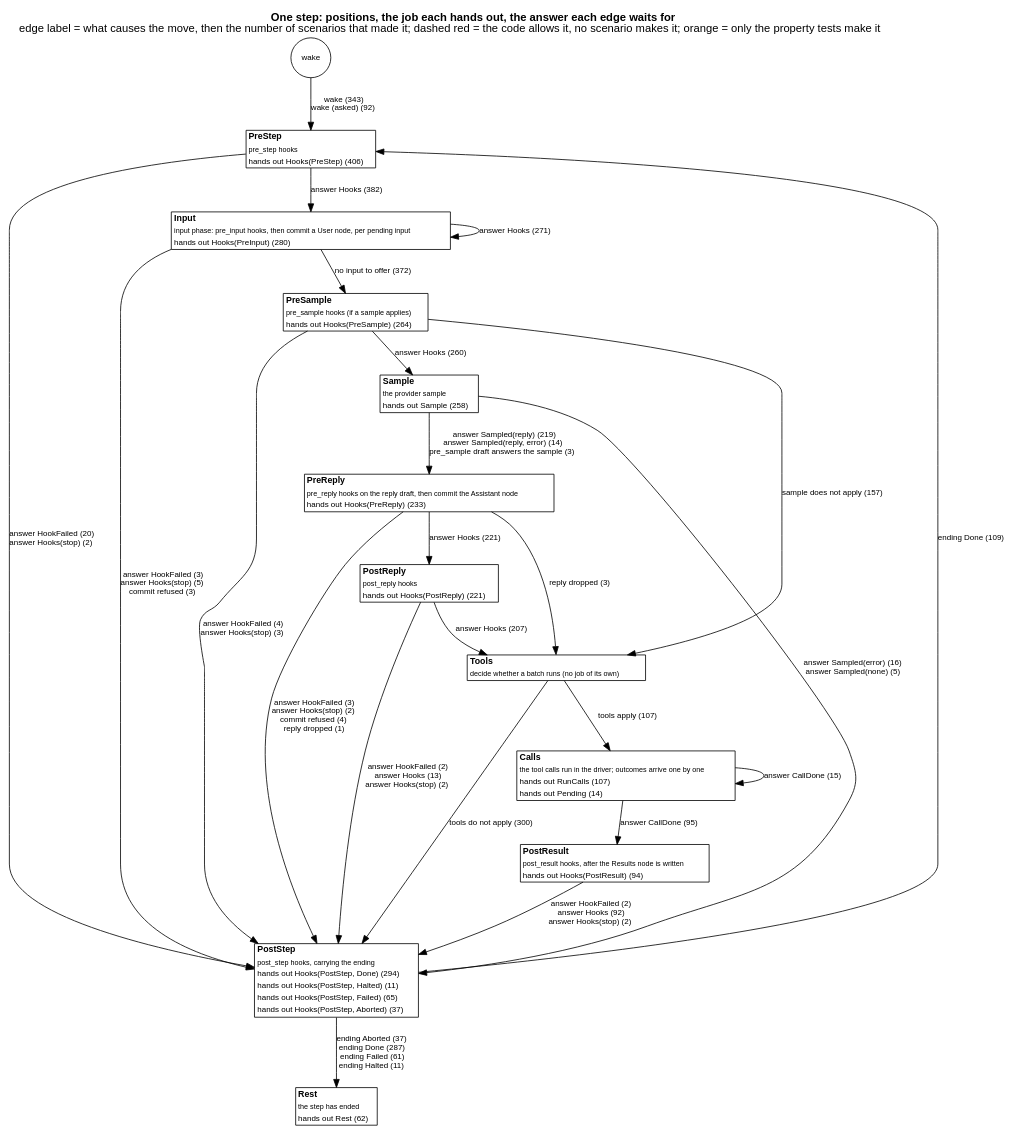
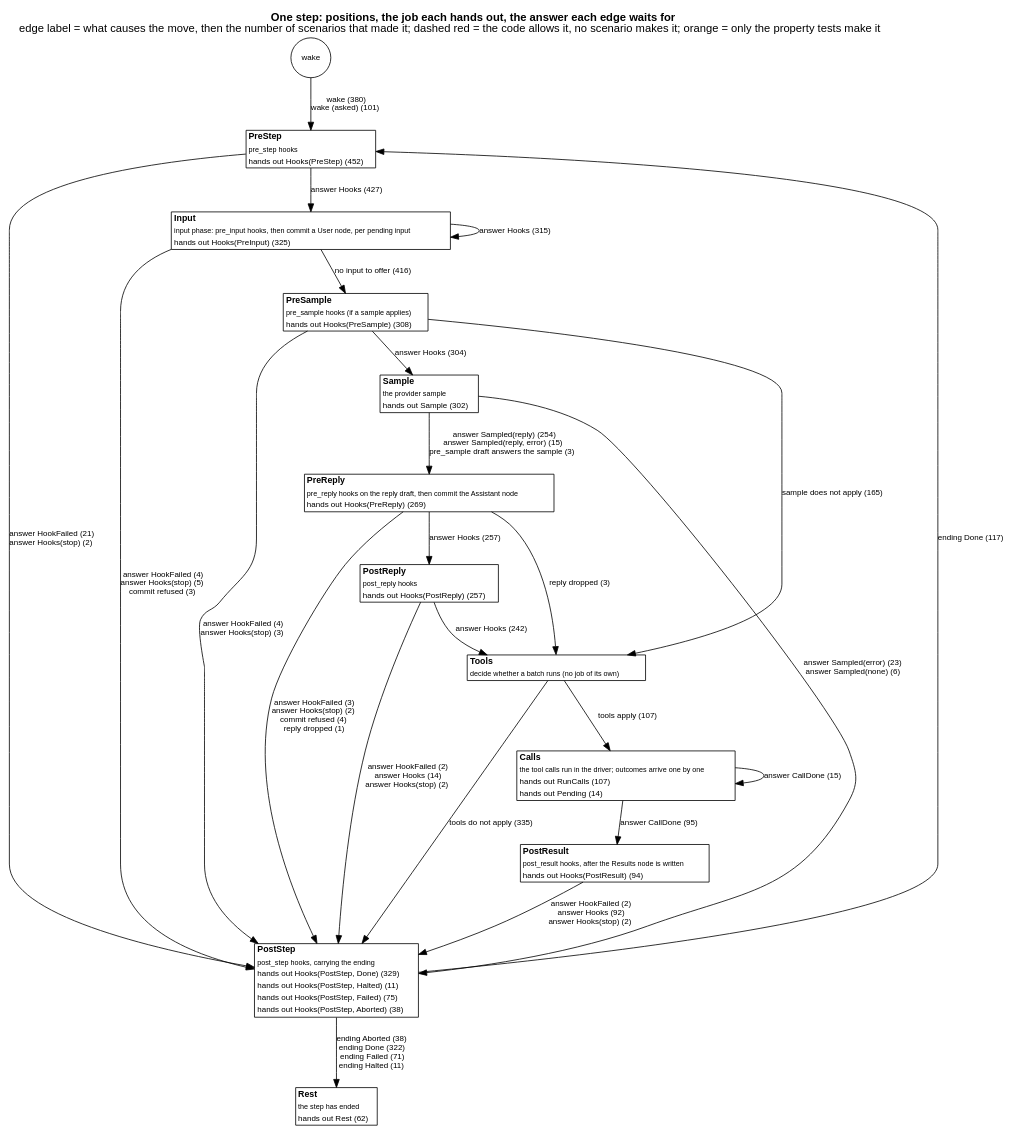
The diagram in docs/as-built/diagrams/step-positions.dot (jmccardle/tau), drawn with Graphviz before and after one commit. The commit also changed 63 other files, not shown here.

```diff
--- a/docs/as-built/diagrams/step-positions.dot
+++ b/docs/as-built/diagrams/step-positions.dot
@@ -1,41 +1,41 @@
 // Generated by scripts/diagrams.sh from the test suites' transitions. Do not edit.
 digraph step_positions {
   graph [rankdir=TB, fontname="Helvetica", nodesep=0.5, ranksep=0.6, labelloc=t, label=<<b>One step: positions, the job each hands out, the answer each edge waits for</b><br/>edge label = what causes the move, then the number of scenarios that made it; dashed red = the code allows it, no scenario makes it; orange = only the property tests make it>];
   node [shape=plain, fontname="Helvetica", fontsize=11];
   edge [fontname="Helvetica", fontsize=10];
   "(wake)" [shape=circle, label="wake", fontsize=10];
-  "PreStep" [label=<<table border="1" cellborder="0" cellspacing="0" bgcolor="white"><tr><td align="left"><b>PreStep</b></td></tr><tr><td align="left"><font point-size="9">pre_step hooks</font></td></tr><tr><td align="left"><font color="black" point-size="10">hands out Hooks(PreStep) (406)</font></td></tr></table>>];
-  "Input" [label=<<table border="1" cellborder="0" cellspacing="0" bgcolor="white"><tr><td align="left"><b>Input</b></td></tr><tr><td align="left"><font point-size="9">input phase: pre_input hooks, then commit a User node, per pending input</font></td></tr><tr><td align="left"><font color="black" point-size="10">hands out Hooks(PreInput) (280)</font></td></tr></table>>];
-  "PreSample" [label=<<table border="1" cellborder="0" cellspacing="0" bgcolor="white"><tr><td align="left"><b>PreSample</b></td></tr><tr><td align="left"><font point-size="9">pre_sample hooks (if a sample applies)</font></td></tr><tr><td align="left"><font color="black" point-size="10">hands out Hooks(PreSample) (264)</font></td></tr></table>>];
-  "Sample" [label=<<table border="1" cellborder="0" cellspacing="0" bgcolor="white"><tr><td align="left"><b>Sample</b></td></tr><tr><td align="left"><font point-size="9">the provider sample</font></td></tr><tr><td align="left"><font color="black" point-size="10">hands out Sample (258)</font></td></tr></table>>];
-  "PreReply" [label=<<table border="1" cellborder="0" cellspacing="0" bgcolor="white"><tr><td align="left"><b>PreReply</b></td></tr><tr><td align="left"><font point-size="9">pre_reply hooks on the reply draft, then commit the Assistant node</font></td></tr><tr><td align="left"><font color="black" point-size="10">hands out Hooks(PreReply) (233)</font></td></tr></table>>];
-  "PostReply" [label=<<table border="1" cellborder="0" cellspacing="0" bgcolor="white"><tr><td align="left"><b>PostReply</b></td></tr><tr><td align="left"><font point-size="9">post_reply hooks</font></td></tr><tr><td align="left"><font color="black" point-size="10">hands out Hooks(PostReply) (221)</font></td></tr></table>>];
+  "PreStep" [label=<<table border="1" cellborder="0" cellspacing="0" bgcolor="white"><tr><td align="left"><b>PreStep</b></td></tr><tr><td align="left"><font point-size="9">pre_step hooks</font></td></tr><tr><td align="left"><font color="black" point-size="10">hands out Hooks(PreStep) (452)</font></td></tr></table>>];
+  "Input" [label=<<table border="1" cellborder="0" cellspacing="0" bgcolor="white"><tr><td align="left"><b>Input</b></td></tr><tr><td align="left"><font point-size="9">input phase: pre_input hooks, then commit a User node, per pending input</font></td></tr><tr><td align="left"><font color="black" point-size="10">hands out Hooks(PreInput) (325)</font></td></tr></table>>];
+  "PreSample" [label=<<table border="1" cellborder="0" cellspacing="0" bgcolor="white"><tr><td align="left"><b>PreSample</b></td></tr><tr><td align="left"><font point-size="9">pre_sample hooks (if a sample applies)</font></td></tr><tr><td align="left"><font color="black" point-size="10">hands out Hooks(PreSample) (308)</font></td></tr></table>>];
+  "Sample" [label=<<table border="1" cellborder="0" cellspacing="0" bgcolor="white"><tr><td align="left"><b>Sample</b></td></tr><tr><td align="left"><font point-size="9">the provider sample</font></td></tr><tr><td align="left"><font color="black" point-size="10">hands out Sample (302)</font></td></tr></table>>];
+  "PreReply" [label=<<table border="1" cellborder="0" cellspacing="0" bgcolor="white"><tr><td align="left"><b>PreReply</b></td></tr><tr><td align="left"><font point-size="9">pre_reply hooks on the reply draft, then commit the Assistant node</font></td></tr><tr><td align="left"><font color="black" point-size="10">hands out Hooks(PreReply) (269)</font></td></tr></table>>];
+  "PostReply" [label=<<table border="1" cellborder="0" cellspacing="0" bgcolor="white"><tr><td align="left"><b>PostReply</b></td></tr><tr><td align="left"><font point-size="9">post_reply hooks</font></td></tr><tr><td align="left"><font color="black" point-size="10">hands out Hooks(PostReply) (257)</font></td></tr></table>>];
   "Tools" [label=<<table border="1" cellborder="0" cellspacing="0" bgcolor="white"><tr><td align="left"><b>Tools</b></td></tr><tr><td align="left"><font point-size="9">decide whether a batch runs (no job of its own)</font></td></tr></table>>];
   "Calls" [label=<<table border="1" cellborder="0" cellspacing="0" bgcolor="white"><tr><td align="left"><b>Calls</b></td></tr><tr><td align="left"><font point-size="9">the tool calls run in the driver; outcomes arrive one by one</font></td></tr><tr><td align="left"><font color="black" point-size="10">hands out RunCalls (107)</font></td></tr><tr><td align="left"><font color="black" point-size="10">hands out Pending (14)</font></td></tr></table>>];
   "PostResult" [label=<<table border="1" cellborder="0" cellspacing="0" bgcolor="white"><tr><td align="left"><b>PostResult</b></td></tr><tr><td align="left"><font point-size="9">post_result hooks, after the Results node is written</font></td></tr><tr><td align="left"><font color="black" point-size="10">hands out Hooks(PostResult) (94)</font></td></tr></table>>];
-  "PostStep" [label=<<table border="1" cellborder="0" cellspacing="0" bgcolor="white"><tr><td align="left"><b>PostStep</b></td></tr><tr><td align="left"><font point-size="9">post_step hooks, carrying the ending</font></td></tr><tr><td align="left"><font color="black" point-size="10">hands out Hooks(PostStep, Done) (294)</font></td></tr><tr><td align="left"><font color="black" point-size="10">hands out Hooks(PostStep, Halted) (11)</font></td></tr><tr><td align="left"><font color="black" point-size="10">hands out Hooks(PostStep, Failed) (65)</font></td></tr><tr><td align="left"><font color="black" point-size="10">hands out Hooks(PostStep, Aborted) (37)</font></td></tr></table>>];
+  "PostStep" [label=<<table border="1" cellborder="0" cellspacing="0" bgcolor="white"><tr><td align="left"><b>PostStep</b></td></tr><tr><td align="left"><font point-size="9">post_step hooks, carrying the ending</font></td></tr><tr><td align="left"><font color="black" point-size="10">hands out Hooks(PostStep, Done) (329)</font></td></tr><tr><td align="left"><font color="black" point-size="10">hands out Hooks(PostStep, Halted) (11)</font></td></tr><tr><td align="left"><font color="black" point-size="10">hands out Hooks(PostStep, Failed) (75)</font></td></tr><tr><td align="left"><font color="black" point-size="10">hands out Hooks(PostStep, Aborted) (38)</font></td></tr></table>>];
   "Rest" [label=<<table border="1" cellborder="0" cellspacing="0" bgcolor="white"><tr><td align="left"><b>Rest</b></td></tr><tr><td align="left"><font point-size="9">the step has ended</font></td></tr><tr><td align="left"><font color="black" point-size="10">hands out Rest (62)</font></td></tr></table>>];
-  "(wake)" -> "PreStep" [label=<wake (343)<br/>wake (asked) (92)>, color="black", style=solid];
+  "(wake)" -> "PreStep" [label=<wake (380)<br/>wake (asked) (101)>, color="black", style=solid];
   "Calls" -> "Calls" [label=<answer CallDone (15)>, color="black", style=solid];
   "Calls" -> "PostResult" [label=<answer CallDone (95)>, color="black", style=solid];
-  "Input" -> "Input" [label=<answer Hooks (271)>, color="black", style=solid];
-  "Input" -> "PostStep" [label=<answer HookFailed (3)<br/>answer Hooks(stop) (5)<br/>commit refused (3)>, color="black", style=solid];
-  "Input" -> "PreSample" [label=<no input to offer (372)>, color="black", style=solid];
-  "PostReply" -> "PostStep" [label=<answer HookFailed (2)<br/>answer Hooks (13)<br/>answer Hooks(stop) (2)>, color="black", style=solid];
-  "PostReply" -> "Tools" [label=<answer Hooks (207)>, color="black", style=solid];
+  "Input" -> "Input" [label=<answer Hooks (315)>, color="black", style=solid];
+  "Input" -> "PostStep" [label=<answer HookFailed (4)<br/>answer Hooks(stop) (5)<br/>commit refused (3)>, color="black", style=solid];
+  "Input" -> "PreSample" [label=<no input to offer (416)>, color="black", style=solid];
+  "PostReply" -> "PostStep" [label=<answer HookFailed (2)<br/>answer Hooks (14)<br/>answer Hooks(stop) (2)>, color="black", style=solid];
+  "PostReply" -> "Tools" [label=<answer Hooks (242)>, color="black", style=solid];
   "PostResult" -> "PostStep" [label=<answer HookFailed (2)<br/>answer Hooks (92)<br/>answer Hooks(stop) (2)>, color="black", style=solid];
-  "PostStep" -> "PreStep" [label=<ending Done (109)>, color="black", style=solid];
-  "PostStep" -> "Rest" [label=<ending Aborted (37)<br/>ending Done (287)<br/>ending Failed (61)<br/>ending Halted (11)>, color="black", style=solid];
-  "PreReply" -> "PostReply" [label=<answer Hooks (221)>, color="black", style=solid];
+  "PostStep" -> "PreStep" [label=<ending Done (117)>, color="black", style=solid];
+  "PostStep" -> "Rest" [label=<ending Aborted (38)<br/>ending Done (322)<br/>ending Failed (71)<br/>ending Halted (11)>, color="black", style=solid];
+  "PreReply" -> "PostReply" [label=<answer Hooks (257)>, color="black", style=solid];
   "PreReply" -> "PostStep" [label=<answer HookFailed (3)<br/>answer Hooks(stop) (2)<br/>commit refused (4)<br/>reply dropped (1)>, color="black", style=solid];
   "PreReply" -> "Tools" [label=<reply dropped (3)>, color="black", style=solid];
   "PreSample" -> "PostStep" [label=<answer HookFailed (4)<br/>answer Hooks(stop) (3)>, color="black", style=solid];
-  "PreSample" -> "Sample" [label=<answer Hooks (260)>, color="black", style=solid];
-  "PreSample" -> "Tools" [label=<sample does not apply (157)>, color="black", style=solid];
-  "PreStep" -> "Input" [label=<answer Hooks (382)>, color="black", style=solid];
-  "PreStep" -> "PostStep" [label=<answer HookFailed (20)<br/>answer Hooks(stop) (2)>, color="black", style=solid];
-  "Sample" -> "PostStep" [label=<answer Sampled(error) (16)<br/>answer Sampled(none) (5)>, color="black", style=solid];
-  "Sample" -> "PreReply" [label=<answer Sampled(reply) (219)<br/>answer Sampled(reply, error) (14)<br/>pre_sample draft answers the sample (3)>, color="black", style=solid];
+  "PreSample" -> "Sample" [label=<answer Hooks (304)>, color="black", style=solid];
+  "PreSample" -> "Tools" [label=<sample does not apply (165)>, color="black", style=solid];
+  "PreStep" -> "Input" [label=<answer Hooks (427)>, color="black", style=solid];
+  "PreStep" -> "PostStep" [label=<answer HookFailed (21)<br/>answer Hooks(stop) (2)>, color="black", style=solid];
+  "Sample" -> "PostStep" [label=<answer Sampled(error) (23)<br/>answer Sampled(none) (6)>, color="black", style=solid];
+  "Sample" -> "PreReply" [label=<answer Sampled(reply) (254)<br/>answer Sampled(reply, error) (15)<br/>pre_sample draft answers the sample (3)>, color="black", style=solid];
   "Tools" -> "Calls" [label=<tools apply (107)>, color="black", style=solid];
-  "Tools" -> "PostStep" [label=<tools do not apply (300)>, color="black", style=solid];
+  "Tools" -> "PostStep" [label=<tools do not apply (335)>, color="black", style=solid];
 }
```
